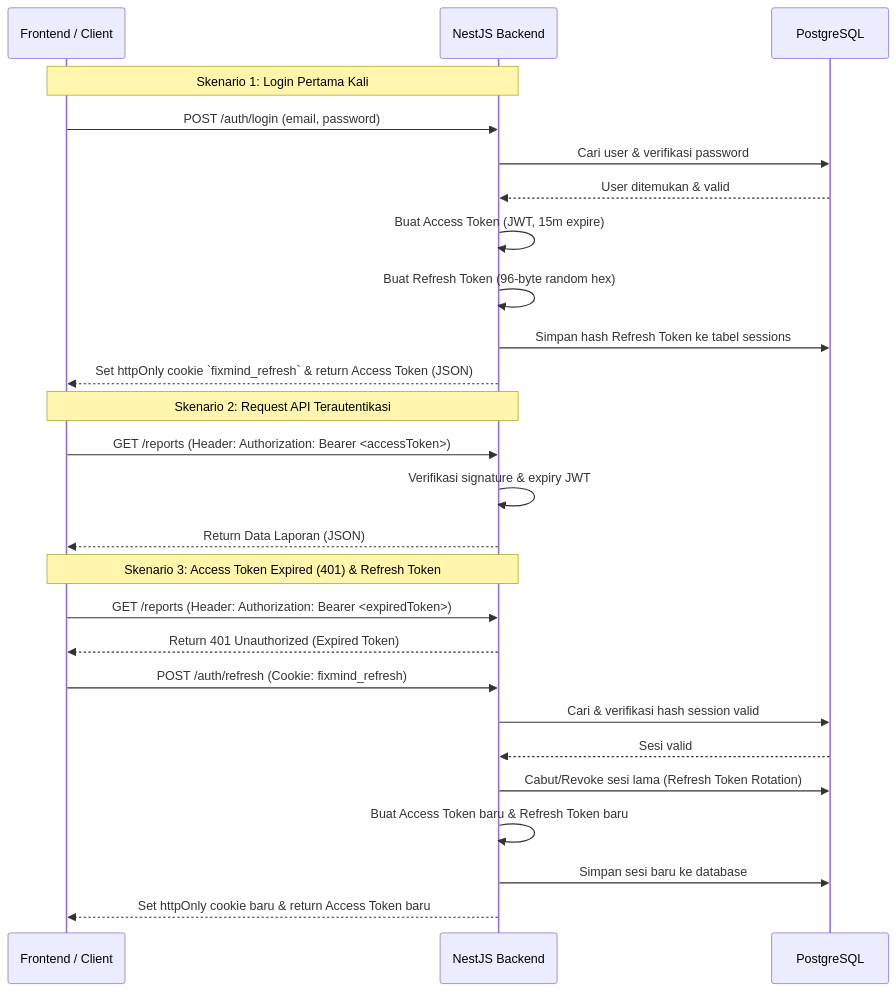
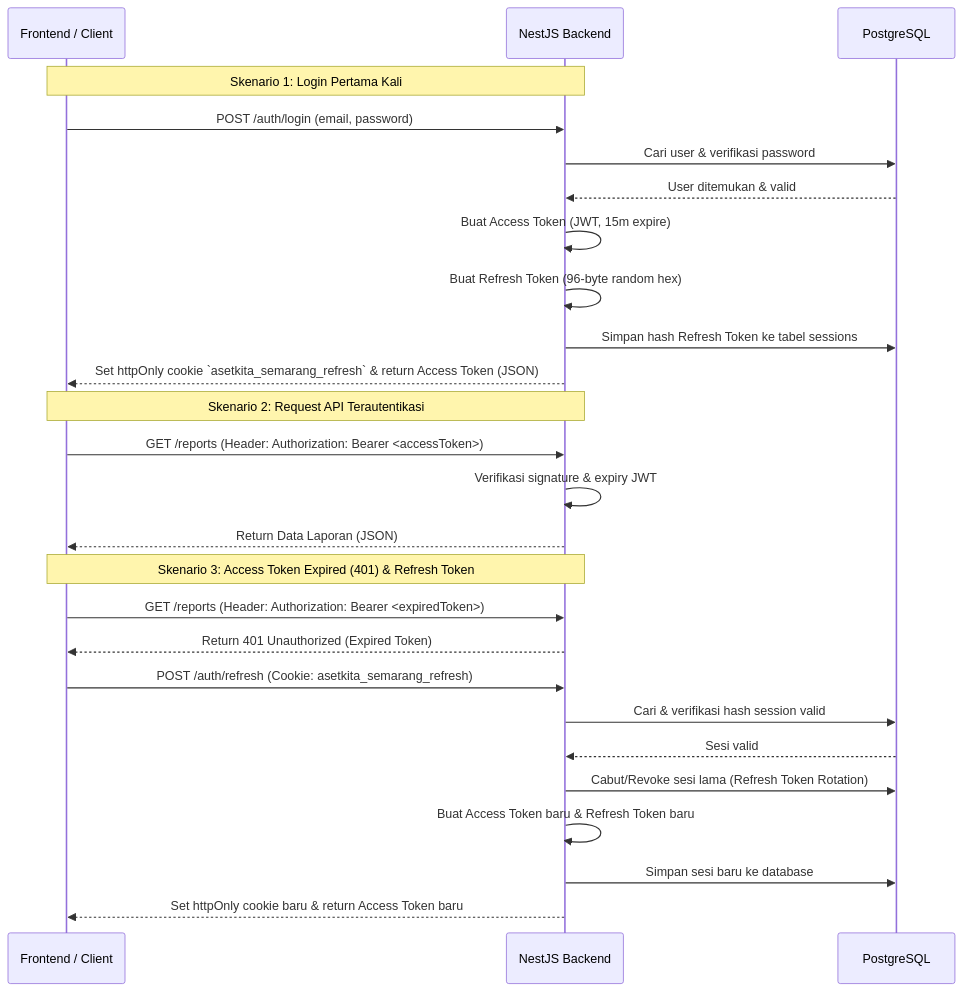
The diagram in docs/API.md (dkaastyns/Fixmind), drawn with Mermaid before and after one commit. The commit also changed other lines of this file and 45 other files, not shown here.

Commit message:
chore: rename FixMind to ASETKITA Semarang across the repository

````diff
--- a/docs/API.md
+++ b/docs/API.md
@@ -134,31 +134,31 @@
 ```mermaid
 sequenceDiagram
     participant Client as Frontend / Client
     participant API as NestJS Backend
     participant DB as PostgreSQL
 
     Note over Client, API: Skenario 1: Login Pertama Kali
     Client->>API: POST /auth/login (email, password)
     API->>DB: Cari user & verifikasi password
     DB-->>API: User ditemukan & valid
     API->>API: Buat Access Token (JWT, 15m expire)
     API->>API: Buat Refresh Token (96-byte random hex)
     API->>DB: Simpan hash Refresh Token ke tabel sessions
-    API-->>Client: Set httpOnly cookie `fixmind_refresh` & return Access Token (JSON)
+    API-->>Client: Set httpOnly cookie `asetkita_semarang_refresh` & return Access Token (JSON)
 
     Note over Client, API: Skenario 2: Request API Terautentikasi
     Client->>API: GET /reports (Header: Authorization: Bearer <accessToken>)
     API->>API: Verifikasi signature & expiry JWT
     API-->>Client: Return Data Laporan (JSON)
 
     Note over Client, API: Skenario 3: Access Token Expired (401) & Refresh Token
     Client->>API: GET /reports (Header: Authorization: Bearer <expiredToken>)
     API-->>Client: Return 401 Unauthorized (Expired Token)
-    Client->>API: POST /auth/refresh (Cookie: fixmind_refresh)
+    Client->>API: POST /auth/refresh (Cookie: asetkita_semarang_refresh)
     API->>DB: Cari & verifikasi hash session valid
     DB-->>API: Sesi valid
     API->>DB: Cabut/Revoke sesi lama (Refresh Token Rotation)
     API->>API: Buat Access Token baru & Refresh Token baru
     API->>DB: Simpan sesi baru ke database
     API-->>Client: Set httpOnly cookie baru & return Access Token baru
 ```
````
